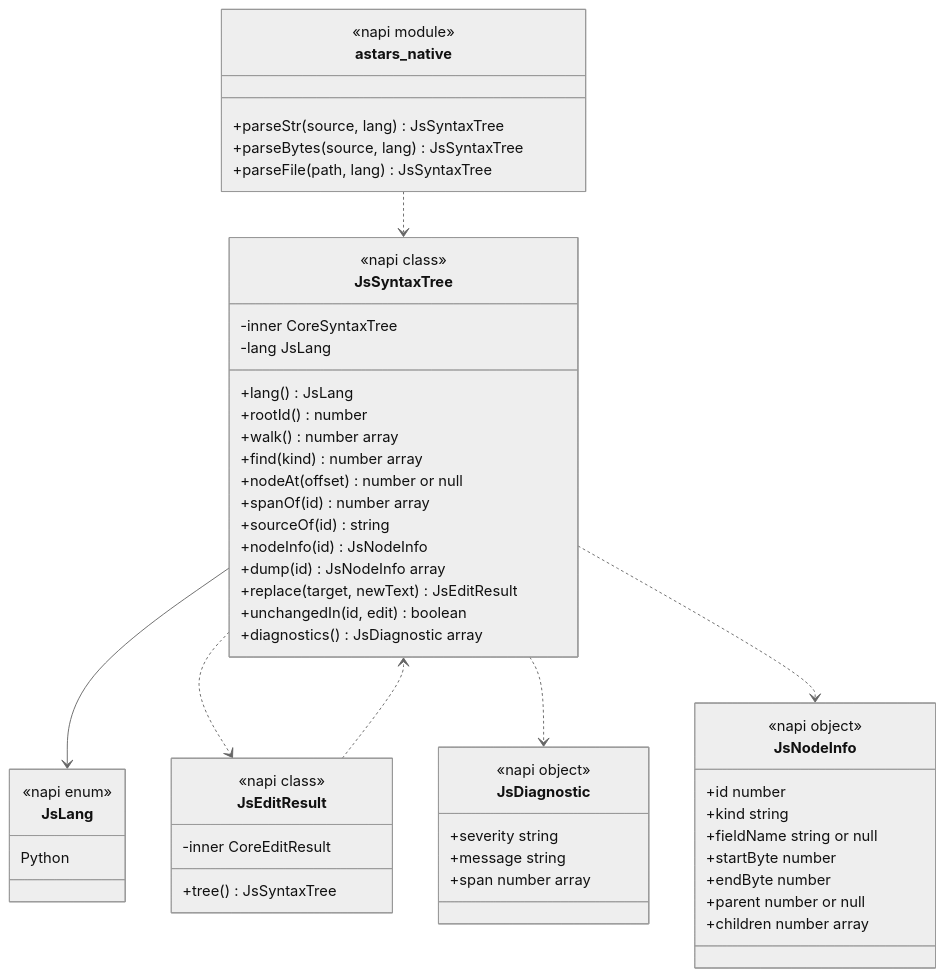
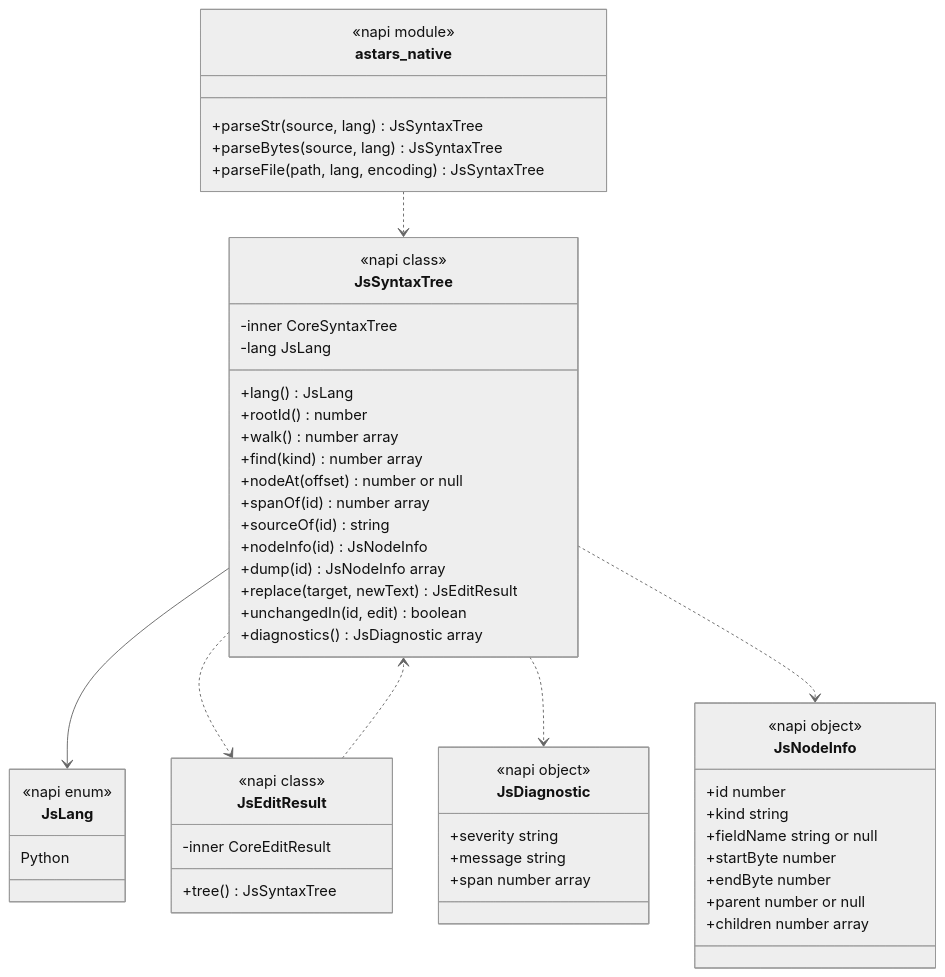
One commit to xwasoux/astars changed the third of 4 diagrams in docs/architecture/ARCHITECTURE.ja.md. Above: the diagram before and after it, drawn with Mermaid (neutral theme). The commit also changed other lines of this file and 6 other files, not shown here.

````diff
--- a/docs/architecture/ARCHITECTURE.ja.md
+++ b/docs/architecture/ARCHITECTURE.ja.md
@@ -193,58 +194,58 @@
 ```mermaid
 classDiagram
     class JsLang {
         <<napi enum>>
         Python
     }
     class JsNodeInfo {
         <<napi object>>
         +id number
         +kind string
         +fieldName string or null
         +startByte number
         +endByte number
         +parent number or null
         +children number array
     }
     class JsDiagnostic {
         <<napi object>>
         +severity string
         +message string
         +span number array
     }
     class JsSyntaxTree {
         <<napi class>>
         -inner CoreSyntaxTree
         -lang JsLang
         +lang() JsLang
         +rootId() number
         +walk() number array
         +find(kind) number array
         +nodeAt(offset) number or null
         +spanOf(id) number array
         +sourceOf(id) string
         +nodeInfo(id) JsNodeInfo
         +dump(id) JsNodeInfo array
         +replace(target, newText) JsEditResult
         +unchangedIn(id, edit) boolean
         +diagnostics() JsDiagnostic array
     }
     class JsEditResult {
         <<napi class>>
         -inner CoreEditResult
         +tree() JsSyntaxTree
     }
     class astars_native {
         <<napi module>>
         +parseStr(source, lang) JsSyntaxTree
         +parseBytes(source, lang) JsSyntaxTree
-        +parseFile(path, lang) JsSyntaxTree
+        +parseFile(path, lang, encoding) JsSyntaxTree
     }
 
     astars_native ..> JsSyntaxTree
     JsSyntaxTree --> JsLang
     JsSyntaxTree ..> JsEditResult
     JsEditResult ..> JsSyntaxTree
     JsSyntaxTree ..> JsDiagnostic
     JsSyntaxTree ..> JsNodeInfo
 ```
````
